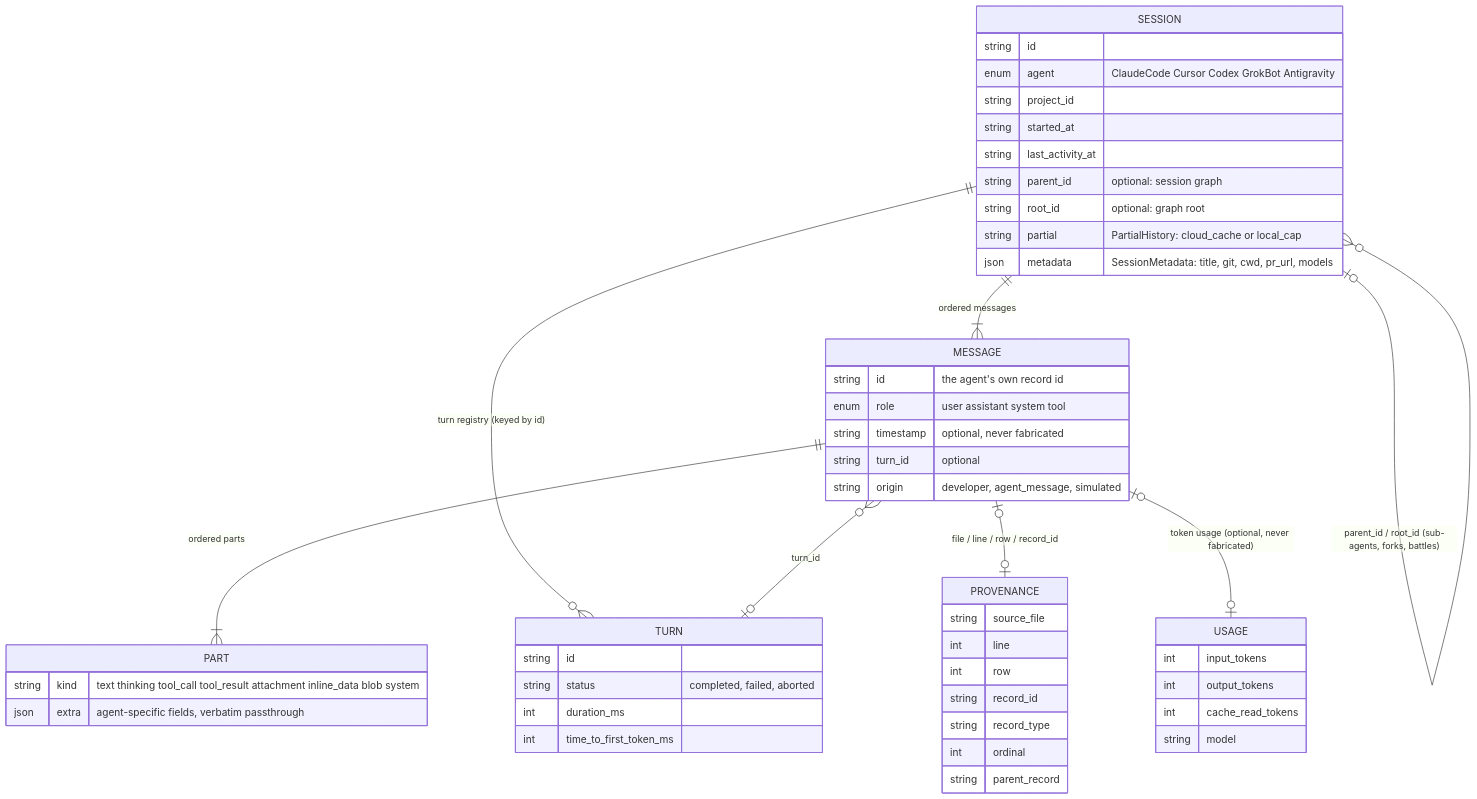
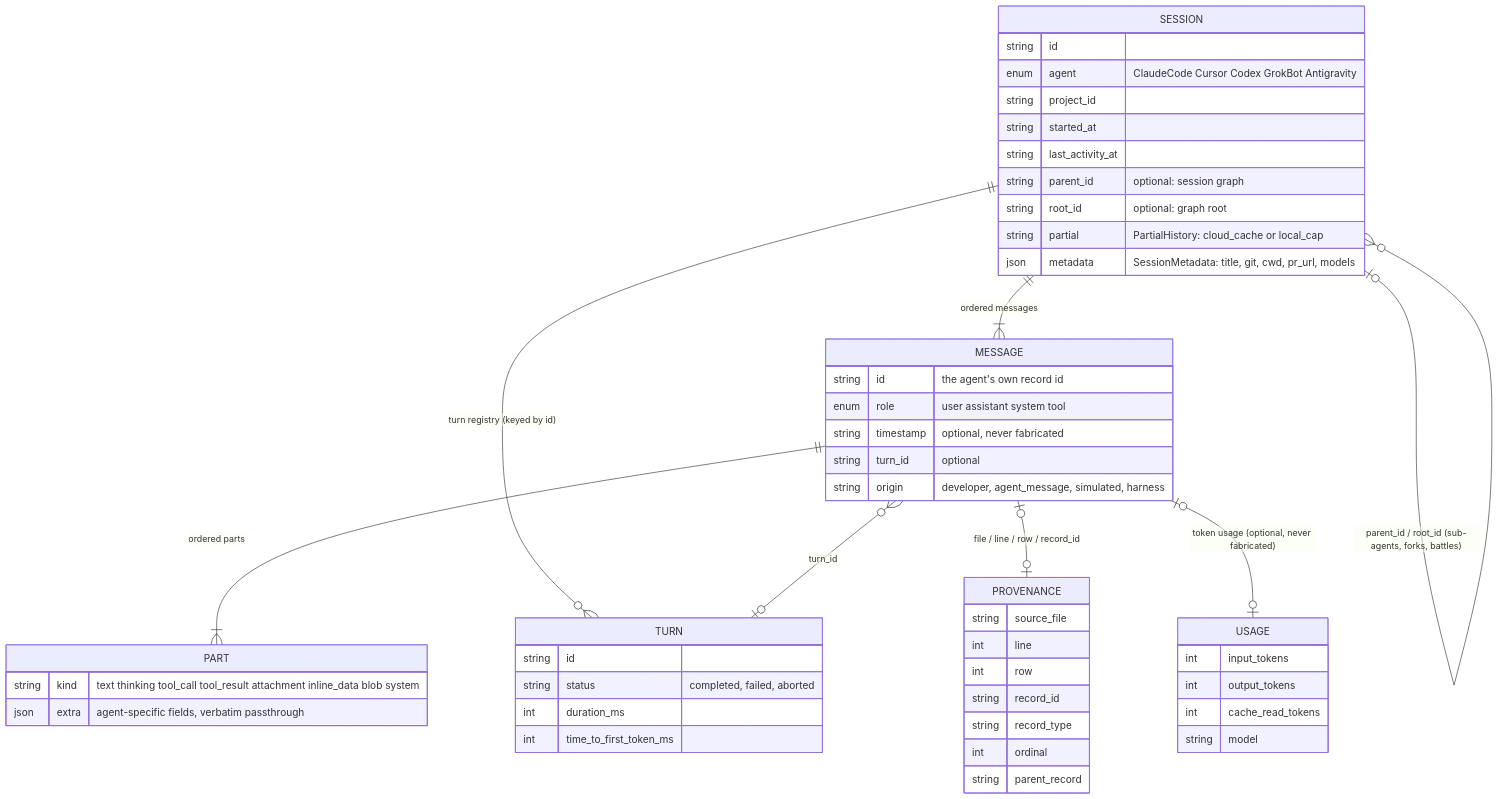
One commit to DataParade-io/BotSpy changed the second of 4 diagrams in docs/DESIGN.md. Above: the diagram before and after it, drawn with Mermaid. The commit also changed 16 other files, not shown here.

````diff
--- a/docs/DESIGN.md
+++ b/docs/DESIGN.md
@@ -154,54 +154,54 @@
 ```mermaid
 erDiagram
     SESSION ||--|{ MESSAGE : "ordered messages"
     SESSION ||--o{ TURN : "turn registry (keyed by id)"
     SESSION |o--o{ SESSION : "parent_id / root_id (sub-agents, forks, battles)"
     MESSAGE ||--|{ PART : "ordered parts"
     MESSAGE }o--o| TURN : "turn_id"
     MESSAGE |o--o| PROVENANCE : "file / line / row / record_id"
     MESSAGE |o--o| USAGE : "token usage (optional, never fabricated)"
 
     SESSION {
         string id
         enum agent "ClaudeCode Cursor Codex GrokBot Antigravity"
         string project_id
         string started_at
         string last_activity_at
         string parent_id "optional: session graph"
         string root_id "optional: graph root"
         string partial "PartialHistory: cloud_cache or local_cap"
         json metadata "SessionMetadata: title, git, cwd, pr_url, models"
     }
     MESSAGE {
         string id "the agent's own record id"
         enum role "user assistant system tool"
         string timestamp "optional, never fabricated"
         string turn_id "optional"
-        string origin "developer, agent_message, simulated"
+        string origin "developer, agent_message, simulated, harness"
     }
     PART {
         string kind "text thinking tool_call tool_result attachment inline_data blob system"
         json extra "agent-specific fields, verbatim passthrough"
     }
     TURN {
         string id
         string status "completed, failed, aborted"
         int duration_ms
         int time_to_first_token_ms
     }
     PROVENANCE {
         string source_file
         int line
         int row
         string record_id
         string record_type
         int ordinal
         string parent_record
     }
     USAGE {
         int input_tokens
         int output_tokens
         int cache_read_tokens
         string model
     }
 ```
````
